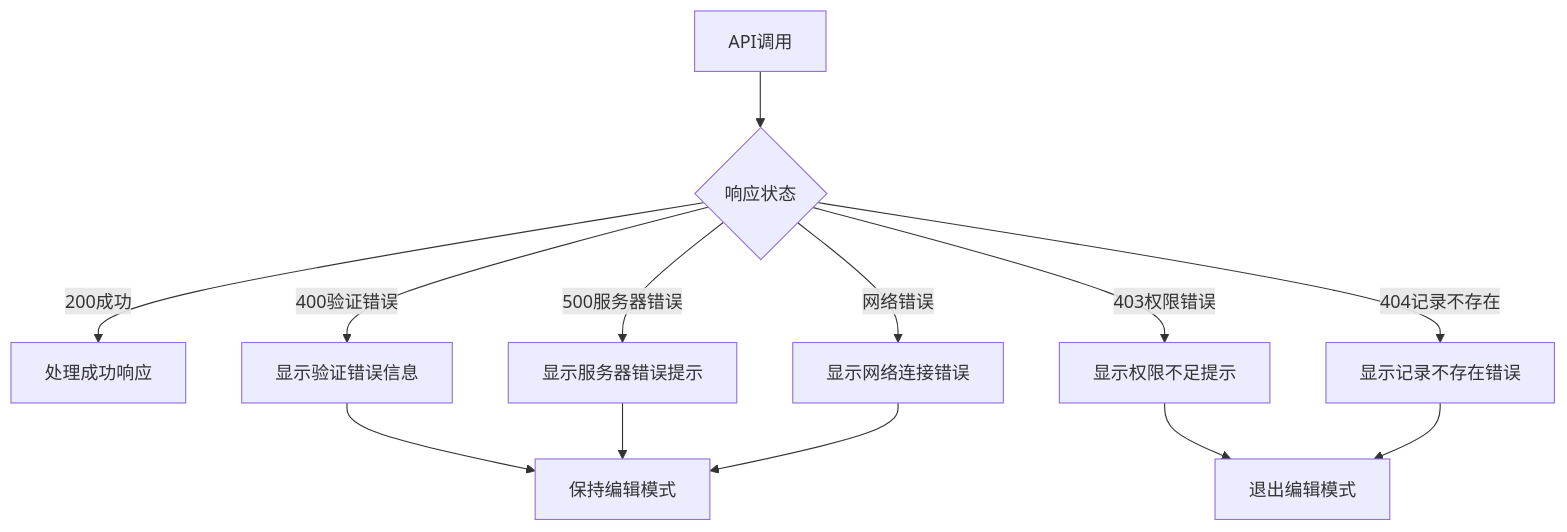
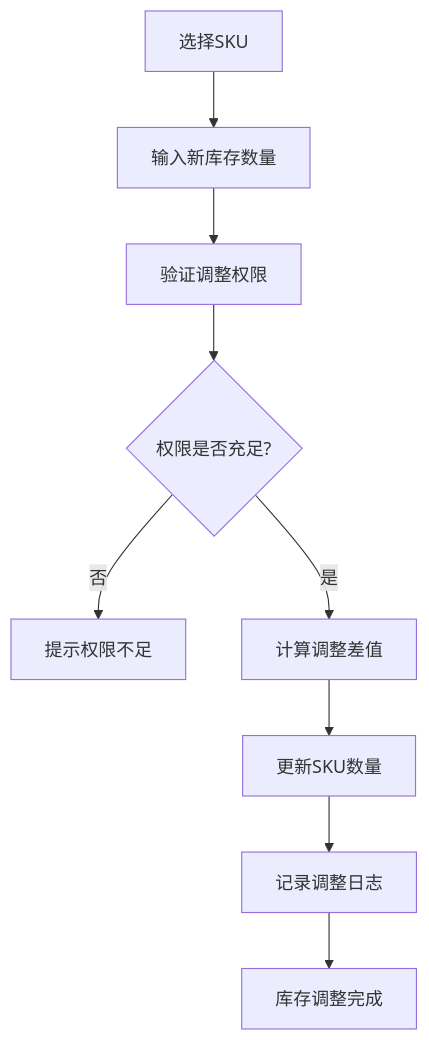
Diagram 13 of 14 in .trae/documents/05-业务流程详细规范文档.md (zhuoweishun/shuijing-erp), drawn with Mermaid before and after one commit. The commit also changed other lines of this file and 118 other files, not shown here.

````diff
--- a/.trae/documents/05-业务流程详细规范文档.md
+++ b/.trae/documents/05-业务流程详细规范文档.md
@@ -922,15 +469,11 @@
 ```mermaid
 flowchart TD
-    A[API调用] --> B{响应状态}
-    B -->|200成功| C[处理成功响应]
-    B -->|400验证错误| D[显示验证错误信息]
-    B -->|403权限错误| E[显示权限不足提示]
-    B -->|404记录不存在| F[显示记录不存在错误]
-    B -->|500服务器错误| G[显示服务器错误提示]
-    B -->|网络错误| H[显示网络连接错误]
-    D --> I[保持编辑模式]
-    E --> J[退出编辑模式]
-    F --> J
-    G --> I
-    H --> I
+    A[选择SKU] --> B[输入新库存数量]
+    B --> C[验证调整权限]
+    C --> D{权限是否充足?}
+    D -->|否| E[提示权限不足]
+    D -->|是| F[计算调整差值]
+    F --> G[更新SKU数量]
+    G --> H[记录调整日志]
+    H --> I[库存调整完成]
 ```
````
